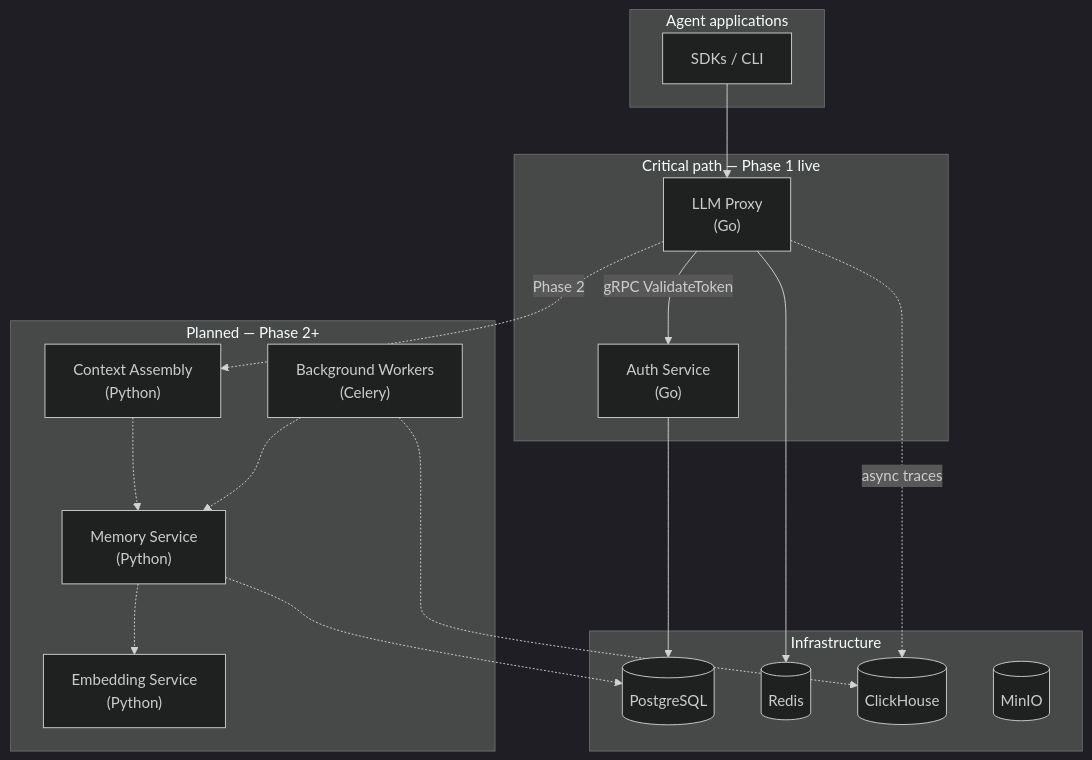
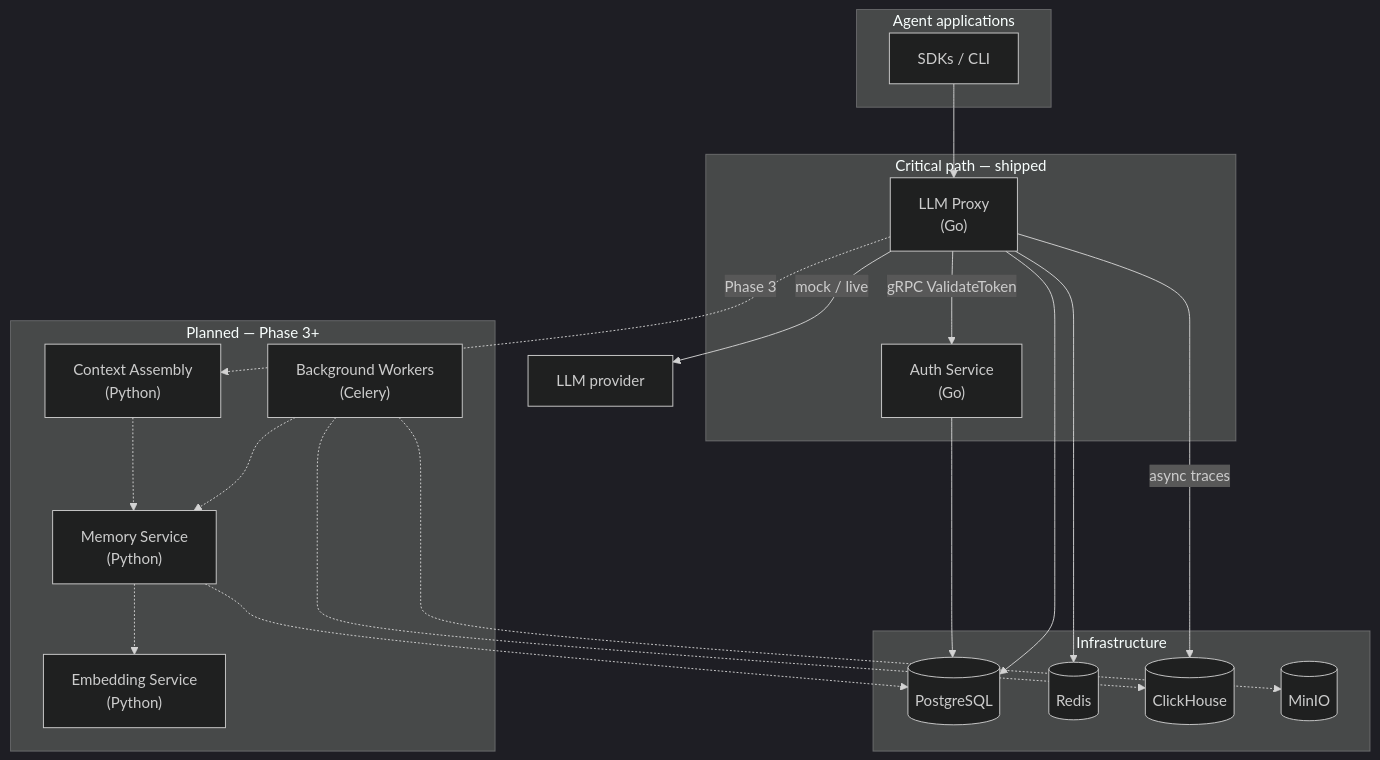
One commit to Rick1330/ibex-harness changed the diagram in web/content/docs/architecture/overview.mdx. Above: the diagram before and after it, drawn with Mermaid (dark theme). The commit also changed other lines of this file and 12 other files, not shown here.

````diff
--- a/web/content/docs/architecture/overview.mdx
+++ b/web/content/docs/architecture/overview.mdx
@@ -16,37 +20,40 @@
 ```mermaid
 flowchart TB
     subgraph clients["Agent applications"]
         SDK["SDKs / CLI"]
     end
 
-    subgraph critical["Critical path — Phase 1 live"]
+    subgraph critical["Critical path — shipped"]
         Proxy["LLM Proxy<br/>(Go)"]
         Auth["Auth Service<br/>(Go)"]
     end
 
-    subgraph planned["Planned — Phase 2+"]
+    subgraph planned["Planned — Phase 3+"]
         Context["Context Assembly<br/>(Python)"]
         Memory["Memory Service<br/>(Python)"]
         Embed["Embedding Service<br/>(Python)"]
         Workers["Background Workers<br/>(Celery)"]
     end
 
     subgraph infra["Infrastructure"]
         PG[("PostgreSQL")]
         Redis[("Redis")]
         CH[("ClickHouse")]
         S3[("MinIO")]
     end
 
     SDK --> Proxy
     Proxy -->|gRPC ValidateToken| Auth
     Auth --> PG
+    Proxy --> PG
     Proxy --> Redis
-    Proxy -.->|Phase 2| Context
+    Proxy -->|mock / live| LLM["LLM provider"]
+    Proxy -->|async traces| CH
+    Proxy -.->|Phase 3| Context
     Context -.-> Memory
     Memory -.-> Embed
     Memory -.-> PG
-    Proxy -.->|async traces| CH
     Workers -.-> Memory
     Workers -.-> CH
+    Workers -.-> S3
 ```
````
